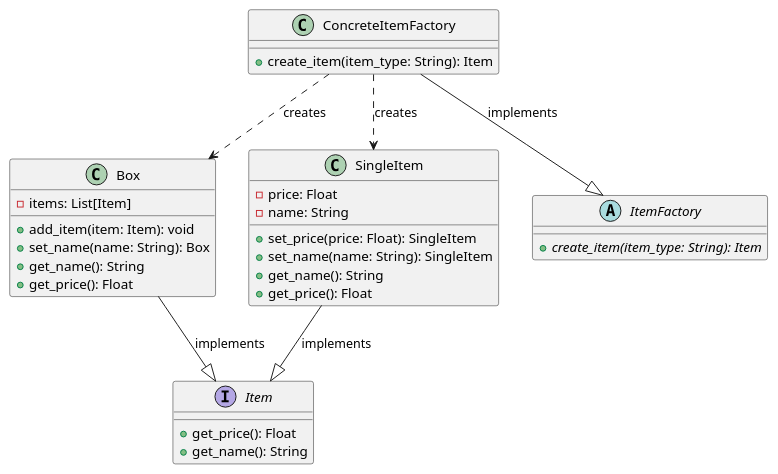
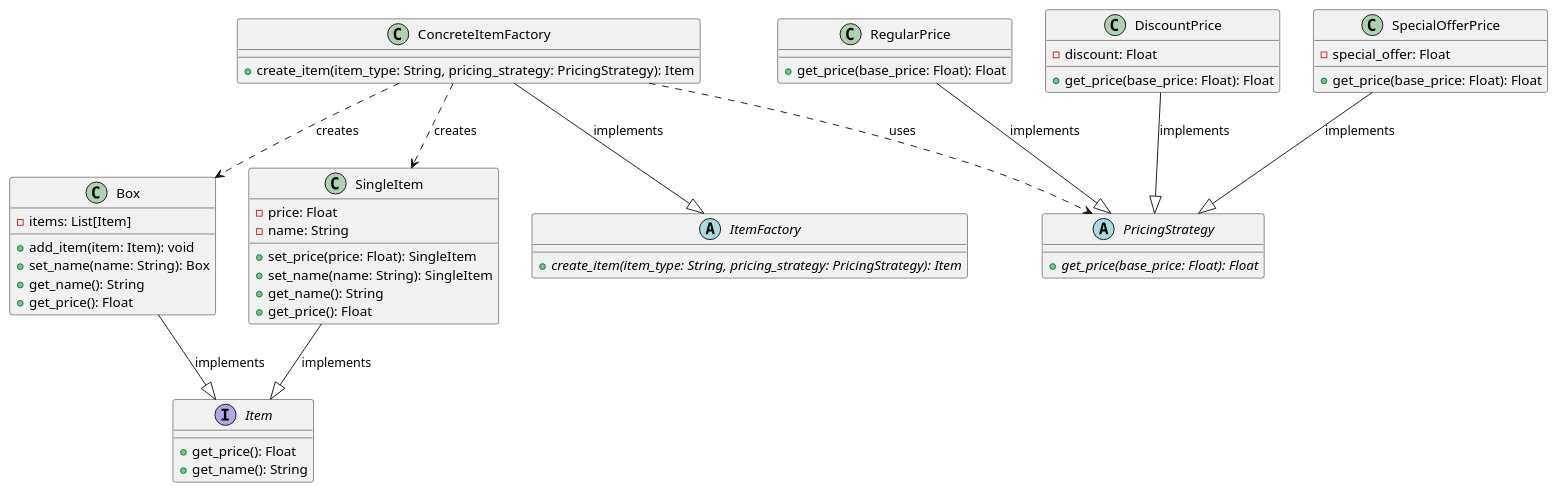
One commit to AnmarHani/InventoryManagementSystem changed the diagram in Python/creational/factory.puml. Above: the diagram before and after it, drawn with PlantUML. The commit also changed 18 other files, not shown here.

```diff
--- a/Python/creational/factory.puml
+++ b/Python/creational/factory.puml
@@ -1,41 +1,64 @@
 @startuml
 
 interface Item {
     +get_price(): Float
     +get_name(): String
 }
 
 class Box {
     -items: List[Item]
     +add_item(item: Item): void
     +set_name(name: String): Box
     +get_name(): String
     +get_price(): Float
 }
 
 class SingleItem {
     -price: Float
     -name: String
     +set_price(price: Float): SingleItem
     +set_name(name: String): SingleItem
     +get_name(): String
     +get_price(): Float
 }
 
 Box --|> Item : implements
 SingleItem --|> Item : implements
 
+abstract class PricingStrategy {
+    {abstract} +get_price(base_price: Float): Float
+}
+
+class RegularPrice {
+    +get_price(base_price: Float): Float
+}
+
+class DiscountPrice {
+    -discount: Float
+    +get_price(base_price: Float): Float
+}
+
+class SpecialOfferPrice {
+    -special_offer: Float
+    +get_price(base_price: Float): Float
+}
+
+RegularPrice --|> PricingStrategy : implements
+DiscountPrice --|> PricingStrategy : implements
+SpecialOfferPrice --|> PricingStrategy : implements
+
 abstract class ItemFactory {
-    {abstract} +create_item(item_type: String): Item
+    {abstract} +create_item(item_type: String, pricing_strategy: PricingStrategy): Item
 }
 
 class ConcreteItemFactory {
-    +create_item(item_type: String): Item
+    +create_item(item_type: String, pricing_strategy: PricingStrategy): Item
 }
 
 ConcreteItemFactory --|> ItemFactory : implements
 
 ConcreteItemFactory ..> Box : creates
 ConcreteItemFactory ..> SingleItem : creates
+ConcreteItemFactory ..> PricingStrategy : uses
 
 @enduml
```
